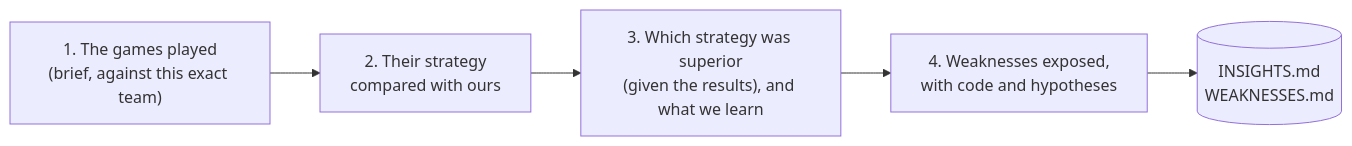
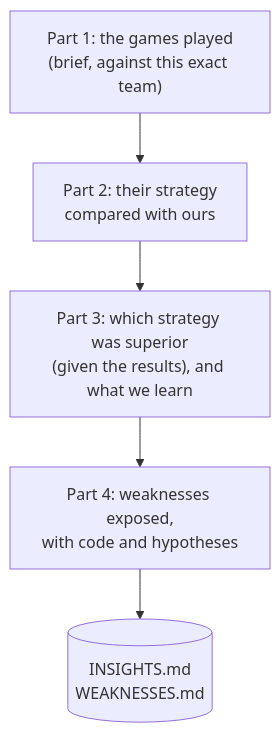
One commit to extremefattypunch/Cambridge-BattleCode-Turborecallers-2026 changed the fourth of 6 diagrams in README.md. Above: the diagram before and after it, drawn with Mermaid. The commit also changed other lines of this file and 18 other files, not shown here.

Commit message:
Apply the README/workflow review: gate steps (e) old-bot hedge and (f) skeptic in LOOP and README, pre-registered simulated notes (tools/new_sim_note.py), claimed scouting (unscouted.py --claim), safe and bounded organiser and indexes, diagram fixes

````diff
--- a/README.md
+++ b/README.md
@@ -90,7 +97,7 @@
 ```mermaid
-flowchart LR
-    A["1. The games played<br/>(brief, against this exact team)"] --> B["2. Their strategy<br/>compared with ours"]
-    B --> C["3. Which strategy was superior<br/>(given the results), and what we learn"]
-    C --> D["4. Weaknesses exposed,<br/>with code and hypotheses"]
+flowchart TB
+    A["Part 1: the games played<br/>(brief, against this exact team)"] --> B["Part 2: their strategy<br/>compared with ours"]
+    B --> C["Part 3: which strategy was superior<br/>(given the results), and what we learn"]
+    C --> D["Part 4: weaknesses exposed,<br/>with code and hypotheses"]
     D --> E[("INSIGHTS.md<br/>WEAKNESSES.md")]
 ```
````
